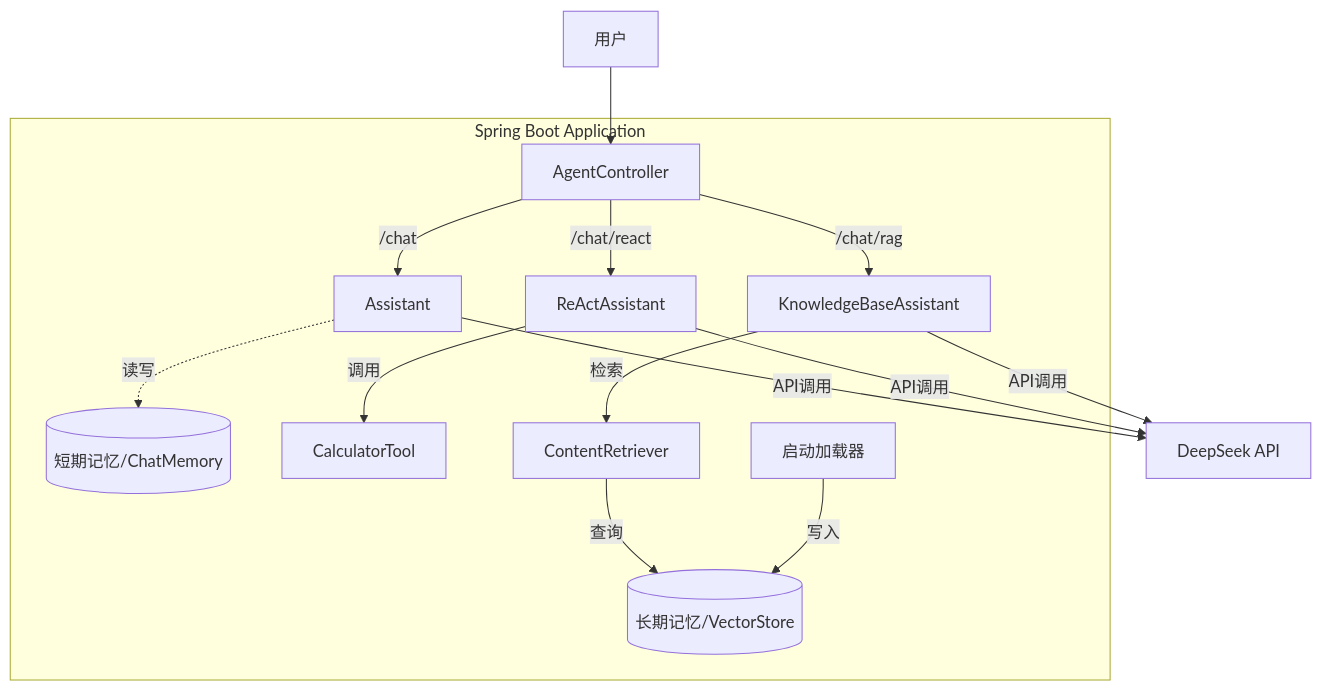
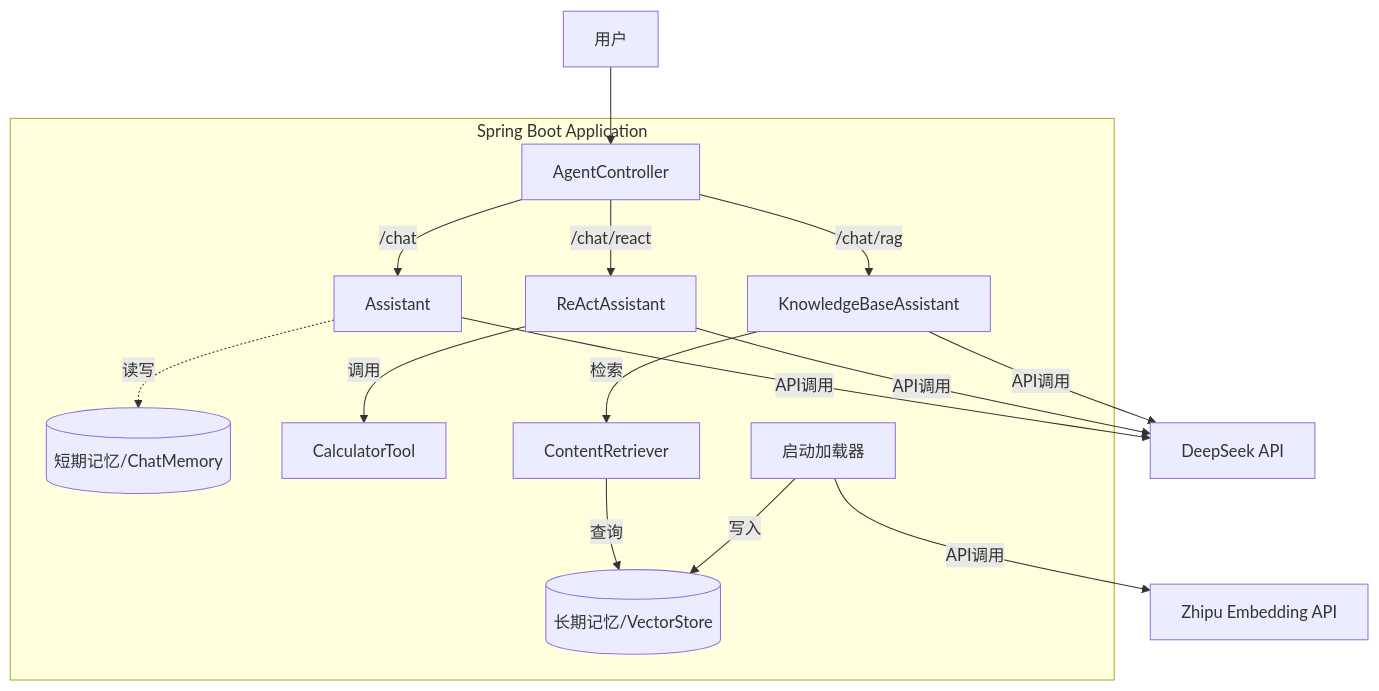
The diagram in README.md (allen0115/LangChain4j-Enterprise-Agent-Demo), drawn with Mermaid before and after one commit. The commit also changed other lines of this file, not shown here.

Commit message:
docs: Update README with latest architecture and Zhipu embedding details

````diff
--- a/README.md
+++ b/README.md
@@ -24,21 +23,22 @@
 ```mermaid
 graph TD
     User[用户] --> Controller[AgentController]
     
     subgraph "Spring Boot Application"
         Controller -->|/chat| ChatAgent[Assistant]
         Controller -->|/chat/react| ReActAgent[ReActAssistant]
         Controller -->|/chat/rag| RagAgent[KnowledgeBaseAssistant]
         
         ChatAgent -.->|读写| ChatMem[(短期记忆/ChatMemory)]
         
         ReActAgent -->|调用| Tools[CalculatorTool]
         
         RagAgent -->|检索| Retriever[ContentRetriever]
         Retriever -->|查询| VectorDB[(长期记忆/VectorStore)]
         
         Ingestor[启动加载器] -->|写入| VectorDB
     end
     
     ChatAgent & ReActAgent & RagAgent -->|API调用| DeepSeek[DeepSeek API]
+    Ingestor -->|API调用| Zhipu[Zhipu Embedding API]
 ```
````
